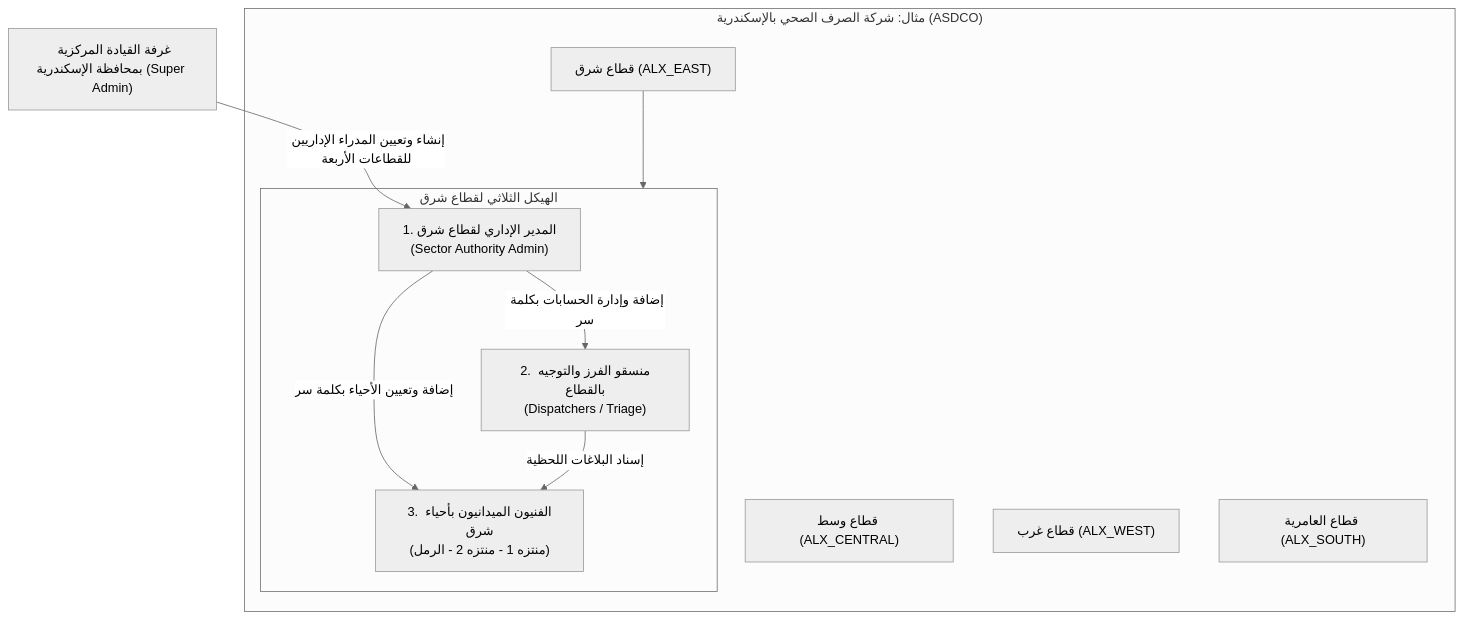
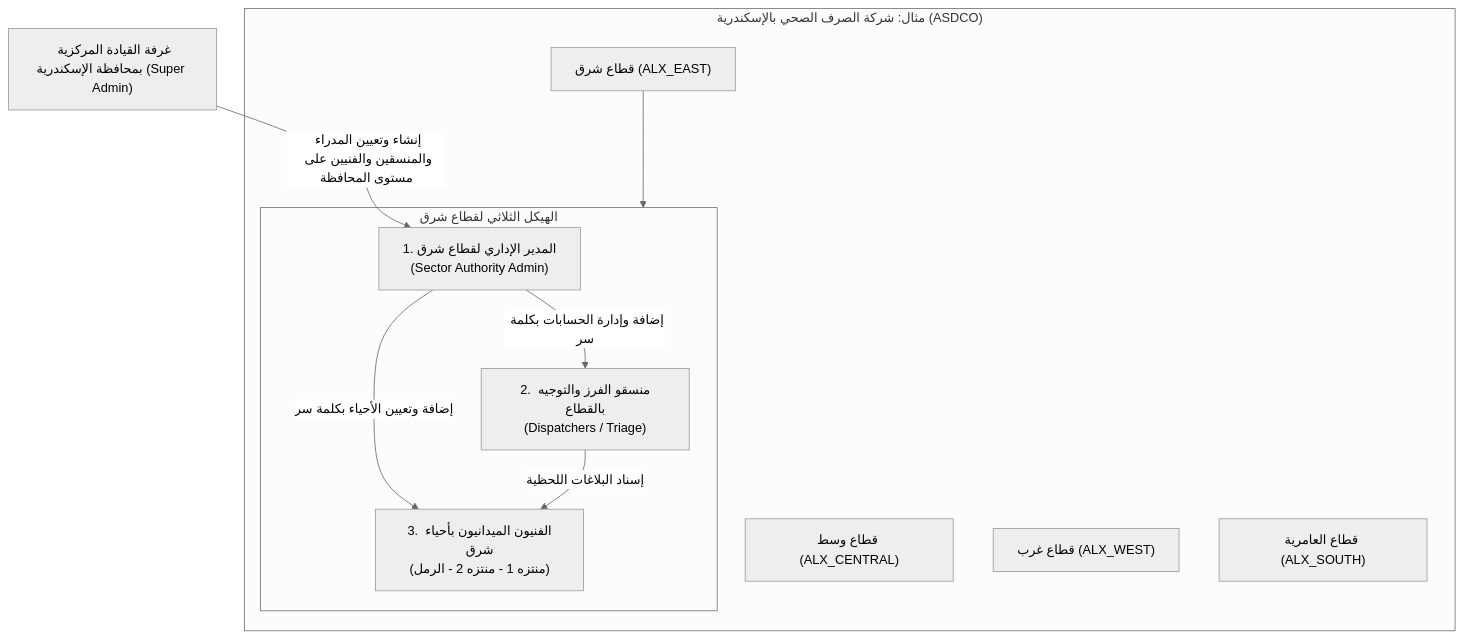
Before and after one commit to demianeid/madinaty: the diagram in docs/STAFF_AND_SECTORS_PLAN.md, drawn with Mermaid (neutral theme). The commit also changed other lines of this file and 24 other files, not shown here.

````diff
--- a/docs/STAFF_AND_SECTORS_PLAN.md
+++ b/docs/STAFF_AND_SECTORS_PLAN.md
@@ -35,25 +35,25 @@
 ```mermaid
 flowchart TD
     SUPER["غرفة القيادة المركزية بمحافظة الإسكندرية (Super Admin)"]
     
     subgraph AuthorityExample ["مثال: شركة الصرف الصحي بالإسكندرية (ASDCO)"]
         SEC_EAST["قطاع شرق (ALX_EAST)"]
         SEC_MID["قطاع وسط (ALX_CENTRAL)"]
         SEC_WEST["قطاع غرب (ALX_WEST)"]
         SEC_SOUTH["قطاع العامرية (ALX_SOUTH)"]
         
         subgraph EastStructure ["الهيكل الثلاثي لقطاع شرق"]
             ADMIN_E["1. المدير الإداري لقطاع شرق<br>(Sector Authority Admin)"]
             TRIAGE_E["2. منسقو الفرز والتوجيه بالقطاع<br>(Dispatchers / Triage)"]
             TECH_E["3. الفنيون الميدانيون بأحياء شرق<br>(منتزه 1 - منتزه 2 - الرمل)"]
             
             ADMIN_E -->|إضافة وإدارة الحسابات بكلمة سر| TRIAGE_E
             ADMIN_E -->|إضافة وتعيين الأحياء بكلمة سر| TECH_E
             TRIAGE_E -->|إسناد البلاغات اللحظية| TECH_E
         end
         
         SEC_EAST --> EastStructure
     end
     
-    SUPER -->|إنشاء وتعيين المدراء الإداريين للقطاعات الأربعة| ADMIN_E
+    SUPER -->|إنشاء وتعيين المدراء والمنسقين والفنيين على مستوى المحافظة| ADMIN_E
 ```
````
